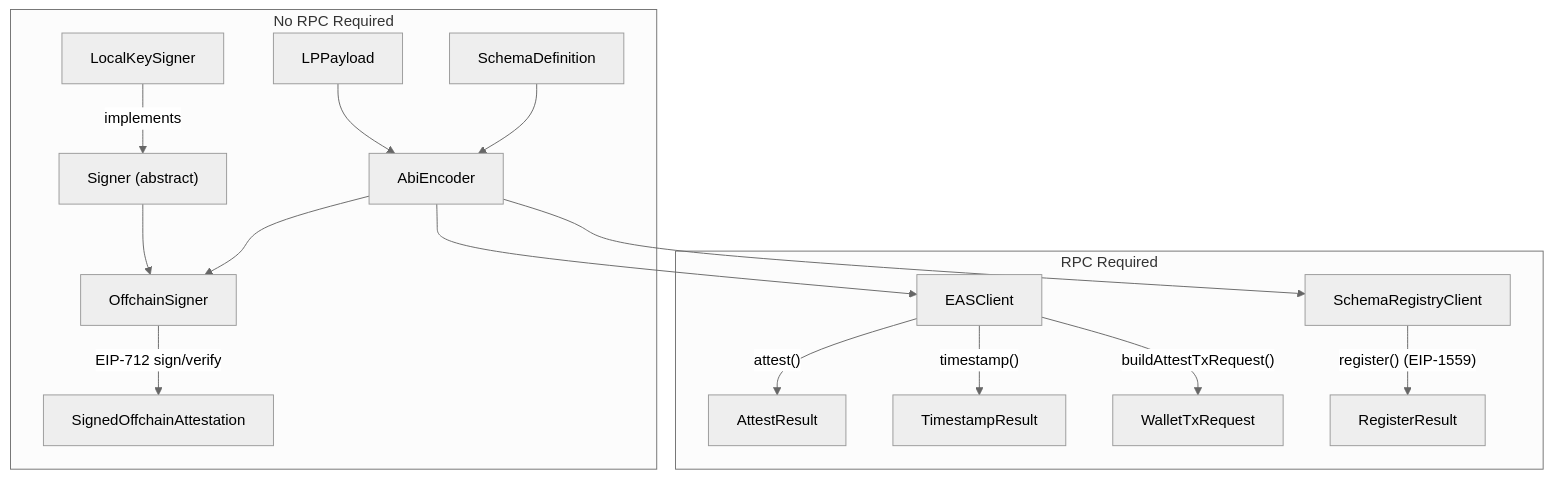
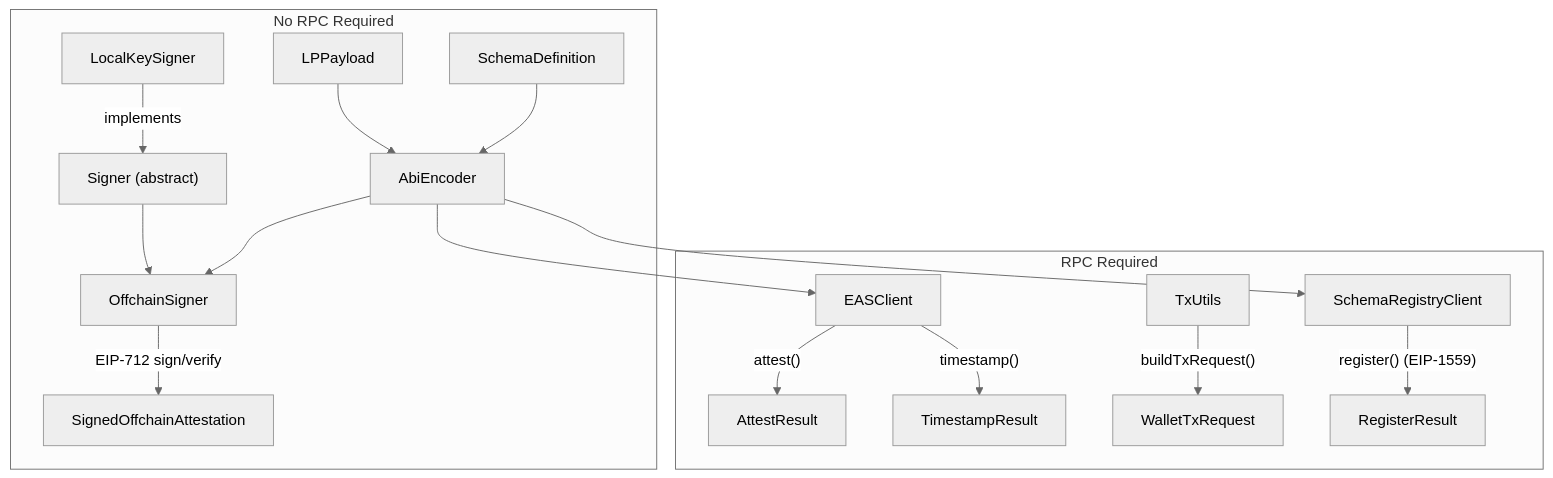
Before and after one commit to DecentralizedGeo/location-protocol-dart: the diagram in README.md, drawn with Mermaid (neutral theme). The commit also changed other lines of this file and 3 other files, not shown here.

First line of the commit message:
Refactor transaction request building to TxUtils

````diff
--- a/README.md
+++ b/README.md
@@ -165,28 +165,29 @@
 ```mermaid
 flowchart TD
   subgraph "No RPC Required"
     SK["Signer (abstract)"]
     LKS["LocalKeySigner"]
     LP["LPPayload"]
     SD["SchemaDefinition"]
     AE["AbiEncoder"]
     OS["OffchainSigner"]
     LKS -->|implements| SK
     SK --> OS
     LP --> AE
     SD --> AE
     AE --> OS
     OS -->|"EIP-712 sign/verify"| SOA["SignedOffchainAttestation"]
   end
 
   subgraph "RPC Required"
     EC["EASClient"]
     SR["SchemaRegistryClient"]
+    TU["TxUtils"]
     AE --> EC
     AE --> SR
     EC -->|"attest()"| AR["AttestResult"]
     EC -->|"timestamp()"| TR["TimestampResult"]
-    EC -->|"buildAttestTxRequest()"| WR["WalletTxRequest"]
+    TU -->|"buildTxRequest()"| WR["WalletTxRequest"]
     SR -->|"register() (EIP-1559)"| RR["RegisterResult"]
   end
 ```
````
